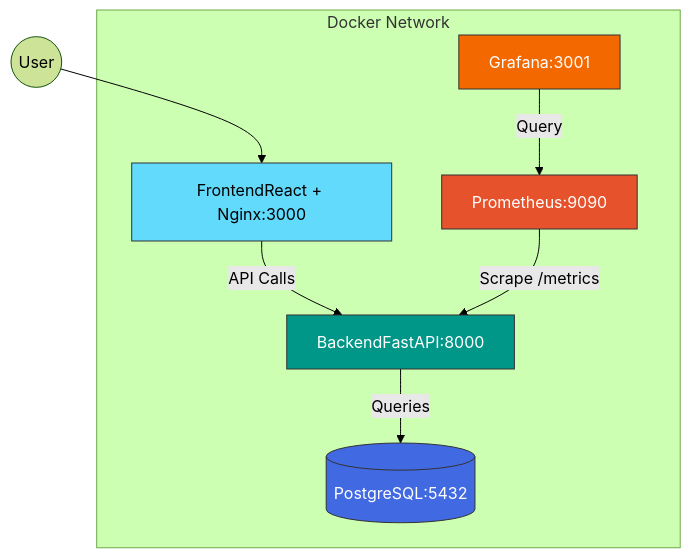
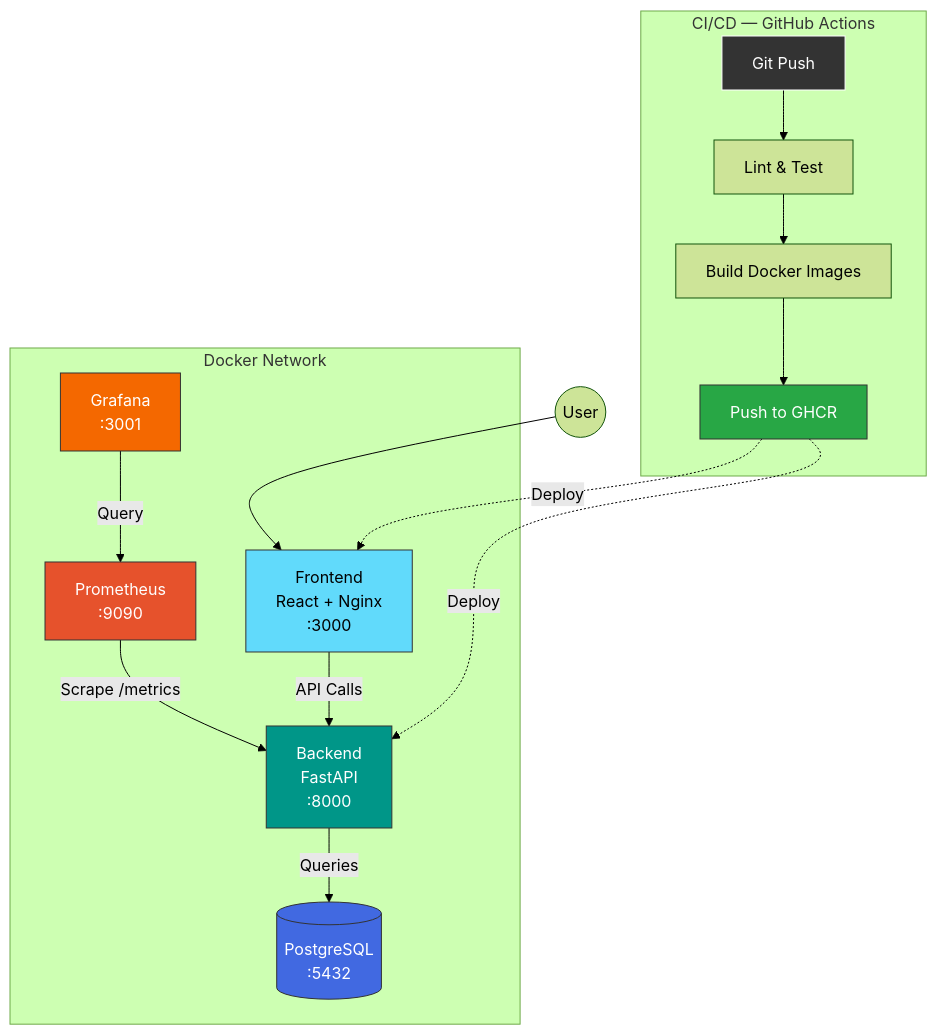
One commit to MarcosPerezCantero/finops-app changed the diagram in README.md. Above: the diagram before and after it, drawn with Mermaid (forest theme). The commit also changed other lines of this file, not shown here.

Commit message:
readme changes_3

````diff
--- a/README.md
+++ b/README.md
@@ -52,22 +53,32 @@
 ```mermaid
 graph TB
+    subgraph "CI/CD — GitHub Actions"
+        PUSH[Git Push] --> LINT[Lint & Test]
+        LINT --> BUILD[Build Docker Images]
+        BUILD --> PUSH_REG[Push to GHCR]
+    end
+
     subgraph "Docker Network"
-        FE[FrontendReact + Nginx:3000]
-        BE[BackendFastAPI:8000]
-        DB[(PostgreSQL:5432)]
-        PROM[Prometheus:9090]
-        GRAF[Grafana:3001]
+        FE[Frontend<br/>React + Nginx<br/>:3000]
+        BE[Backend<br/>FastAPI<br/>:8000]
+        DB[(PostgreSQL<br/>:5432)]
+        PROM[Prometheus<br/>:9090]
+        GRAF[Grafana<br/>:3001]
     end
 
     USER((User)) --> FE
     FE -->|API Calls| BE
     BE -->|Queries| DB
     PROM -->|Scrape /metrics| BE
     GRAF -->|Query| PROM
+    PUSH_REG -.->|Deploy| FE
+    PUSH_REG -.->|Deploy| BE
 
     style FE fill:#61DAFB,stroke:#333,color:#000
     style BE fill:#009688,stroke:#333,color:#fff
     style DB fill:#4169E1,stroke:#333,color:#fff
     style PROM fill:#E6522C,stroke:#333,color:#fff
     style GRAF fill:#F46800,stroke:#333,color:#fff
+    style PUSH fill:#333,stroke:#fff,color:#fff
+    style PUSH_REG fill:#28a745,stroke:#333,color:#fff
 ```
````
